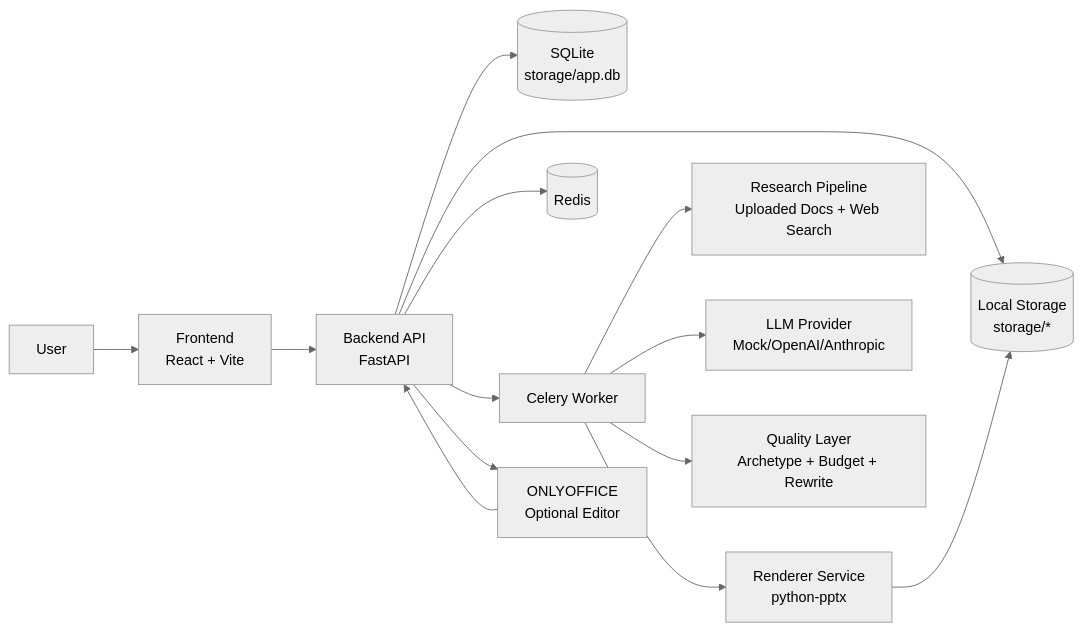
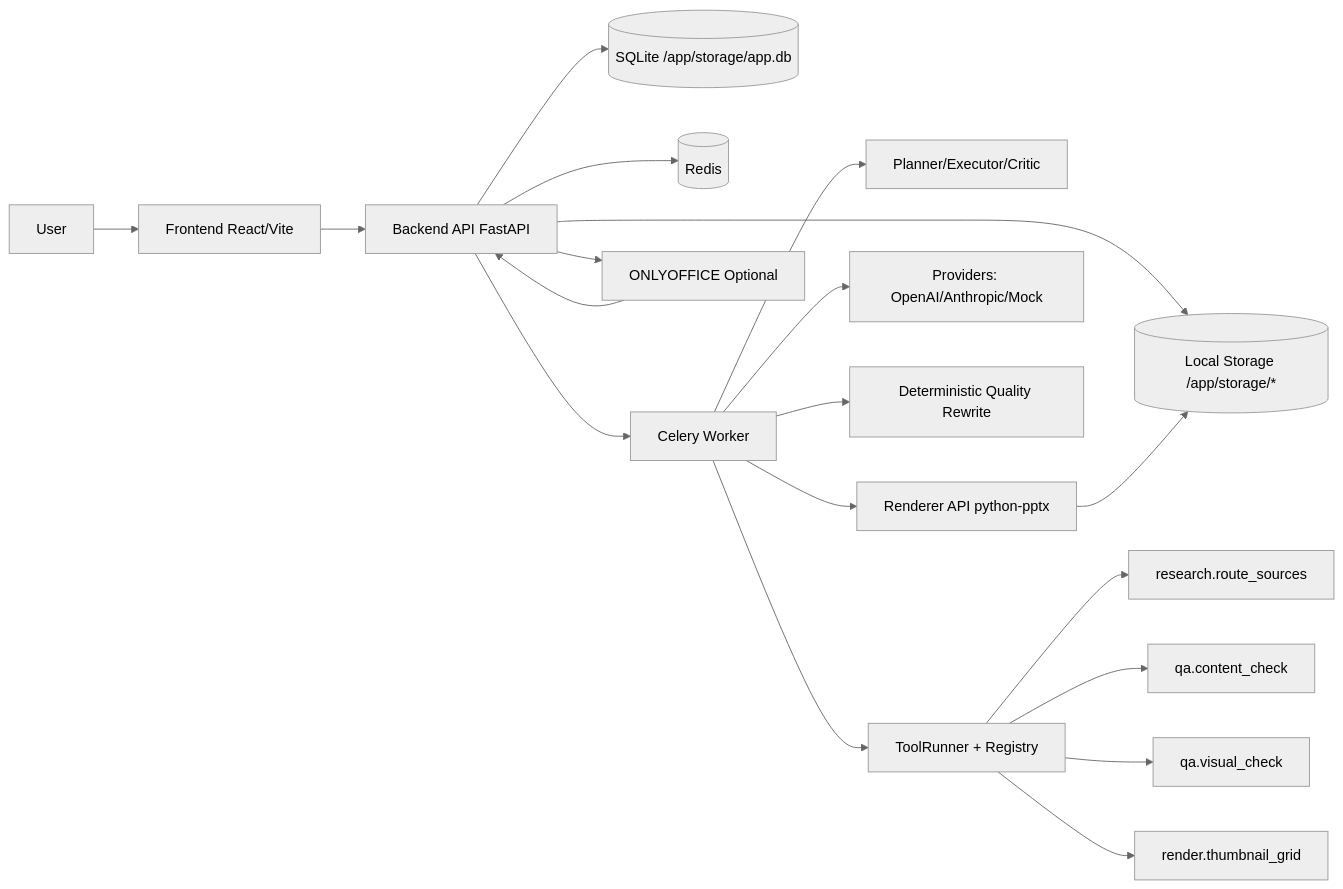
Before and after one commit to faiqhilman13/ppt-ting: the first of 3 diagrams in docs/ARCHITECTURE.md, drawn with Mermaid (neutral theme). The commit also changed other lines of this file and 1519 other files, not shown here.

````diff
--- a/docs/ARCHITECTURE.md
+++ b/docs/ARCHITECTURE.md
@@ -16,19 +24,25 @@
 ```mermaid
 flowchart LR
-    U[User] --> F[Frontend\nReact + Vite]
-    F --> B[Backend API\nFastAPI]
+    U[User] --> F[Frontend React/Vite]
+    F --> B[Backend API FastAPI]
 
-    B --> DB[(SQLite\nstorage/app.db)]
-    B --> FS[(Local Storage\nstorage/*)]
+    B --> DB[(SQLite /app/storage/app.db)]
+    B --> FS[(Local Storage /app/storage/*)]
     B --> RQ[(Redis)]
-    B --> C[Celery Worker]
+    B --> W[Celery Worker]
 
-    C --> RP[Research Pipeline\nUploaded Docs + Web Search]
-    C --> LLM[LLM Provider\nMock/OpenAI/Anthropic]
-    C --> QL[Quality Layer\nArchetype + Budget + Rewrite]
-    C --> REN[Renderer Service\npython-pptx]
+    W --> P[Planner/Executor/Critic]
+    W --> TR[ToolRunner + Registry]
+    TR --> T1[research.route_sources]
+    TR --> T2[qa.content_check]
+    TR --> T3[qa.visual_check]
+    TR --> T4[render.thumbnail_grid]
 
+    W --> LLM[Providers: OpenAI/Anthropic/Mock]
+    W --> QL[Deterministic Quality Rewrite]
+    W --> REN[Renderer API python-pptx]
     REN --> FS
-    B --> OO[ONLYOFFICE\nOptional Editor]
+
+    B --> OO[ONLYOFFICE Optional]
     OO --> B
 ```
````
